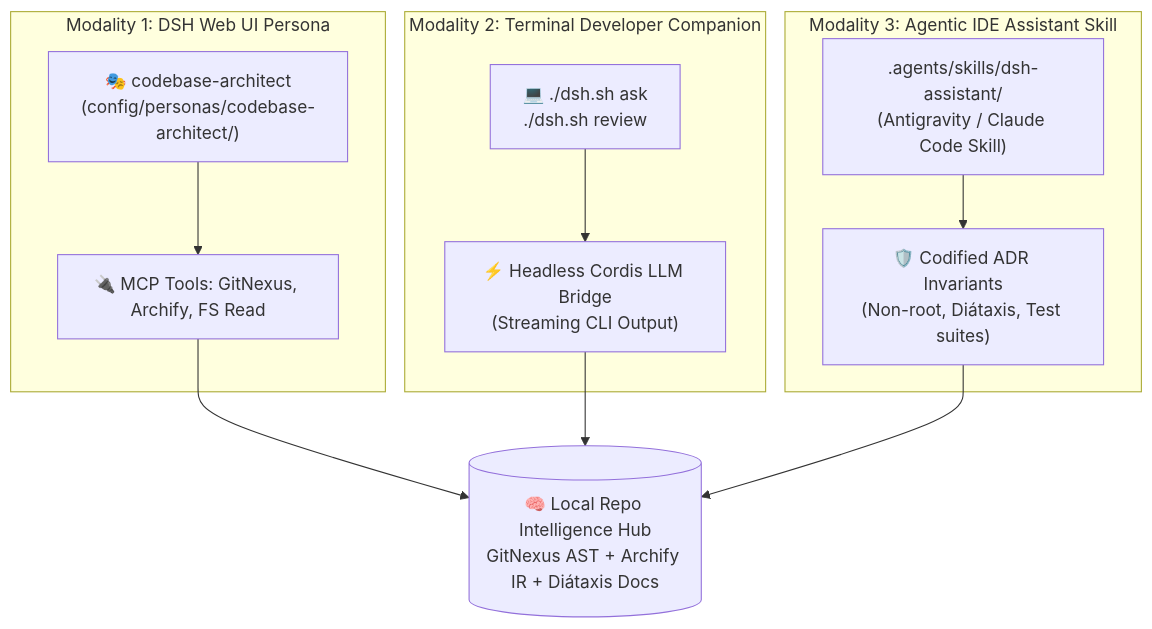
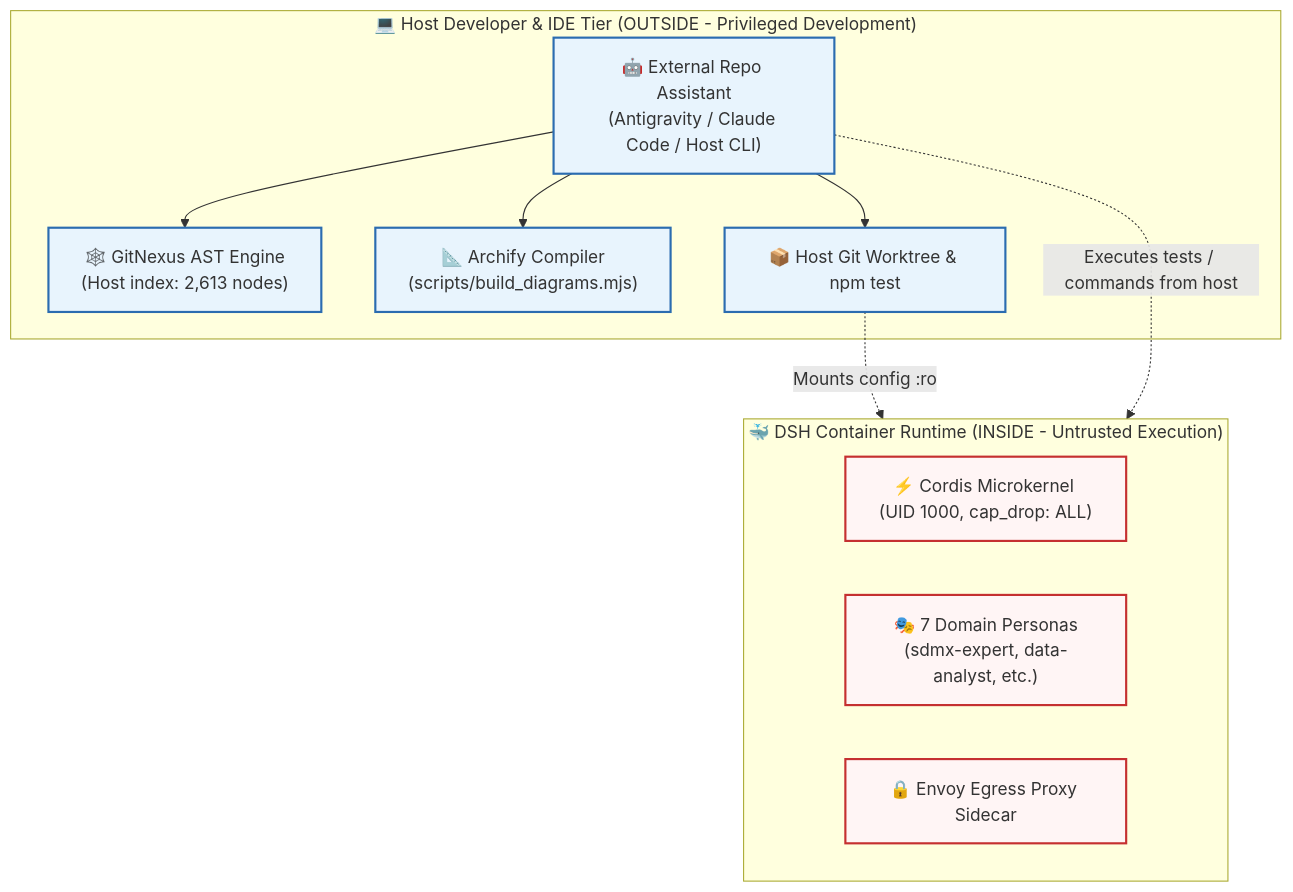
One commit to hdjebar/DSH-DDS changed the diagram in docs/work/backlog/ideation/brainstorm-repo-intelligence-assistant.md. Above: the diagram before and after it, drawn with Mermaid. The commit also changed other lines of this file and 3 other files, not shown here.

Commit message:
docs(work): strictly enforce external host/IDE boundary for repo assistant

````diff
--- a/docs/work/backlog/ideation/brainstorm-repo-intelligence-assistant.md
+++ b/docs/work/backlog/ideation/brainstorm-repo-intelligence-assistant.md
@@ -26,26 +11,27 @@
 ```mermaid
 flowchart TD
-    subgraph Modality_1 ["Modality 1: DSH Web UI Persona"]
-        PERSONA["🎭 codebase-architect\n(config/personas/codebase-architect/)"]
-        PERSONA_TOOLS["🔌 MCP Tools: GitNexus, Archify, FS Read"]
-        PERSONA --> PERSONA_TOOLS
+    subgraph Host_Tier ["💻 Host Developer & IDE Tier (OUTSIDE - Privileged Development)"]
+        ASSISTANT["🤖 External Repo Assistant\n(Antigravity / Claude Code / Host CLI)"]
+        HOST_GN["🕸️ GitNexus AST Engine\n(Host index: 2,613 nodes)"]
+        HOST_ARCH["📐 Archify Compiler\n(scripts/build_diagrams.mjs)"]
+        HOST_GIT["📦 Host Git Worktree & npm test"]
+        
+        ASSISTANT --> HOST_GN
+        ASSISTANT --> HOST_ARCH
+        ASSISTANT --> HOST_GIT
     end
 
-    subgraph Modality_2 ["Modality 2: Terminal Developer Companion"]
-        CLI["💻 ./dsh.sh ask <prompt>\n./dsh.sh review <file>"]
-        CLI_BRIDGE["⚡ Headless Cordis LLM Bridge\n(Streaming CLI Output)"]
-        CLI --> CLI_BRIDGE
+    subgraph DSH_Sandbox ["🐳 DSH Container Runtime (INSIDE - Untrusted Execution)"]
+        KERNEL["⚡ Cordis Microkernel (UID 1000, cap_drop: ALL)"]
+        PERSONAS["🎭 7 Domain Personas\n(sdmx-expert, data-analyst, etc.)"]
+        ENVOY["🔒 Envoy Egress Proxy Sidecar"]
     end
 
-    subgraph Modality_3 ["Modality 3: Agentic IDE Assistant Skill"]
-        SKILL[".agents/skills/dsh-assistant/\n(Antigravity / Claude Code Skill)"]
-        SKILL_RULES["🛡️ Codified ADR Invariants\n(Non-root, Diátaxis, Test suites)"]
-        SKILL --> SKILL_RULES
-    end
+    HOST_GIT -.->|Mounts config :ro| DSH_Sandbox
+    ASSISTANT -.->|Executes tests / commands from host| DSH_Sandbox
 
-    CORE[("🧠 Local Repo Intelligence Hub\nGitNexus AST + Archify IR + Diátaxis Docs")]
-    
-    PERSONA_TOOLS --> CORE
-    CLI_BRIDGE --> CORE
-    SKILL_RULES --> CORE
+    classDef outside fill:#e8f4fd,stroke:#2b6cb0,stroke-width:2px;
+    classDef inside fill:#fff5f5,stroke:#c53030,stroke-width:2px;
+    class ASSISTANT,HOST_GN,HOST_ARCH,HOST_GIT outside;
+    class KERNEL,PERSONAS,ENVOY inside;
 ```
````
